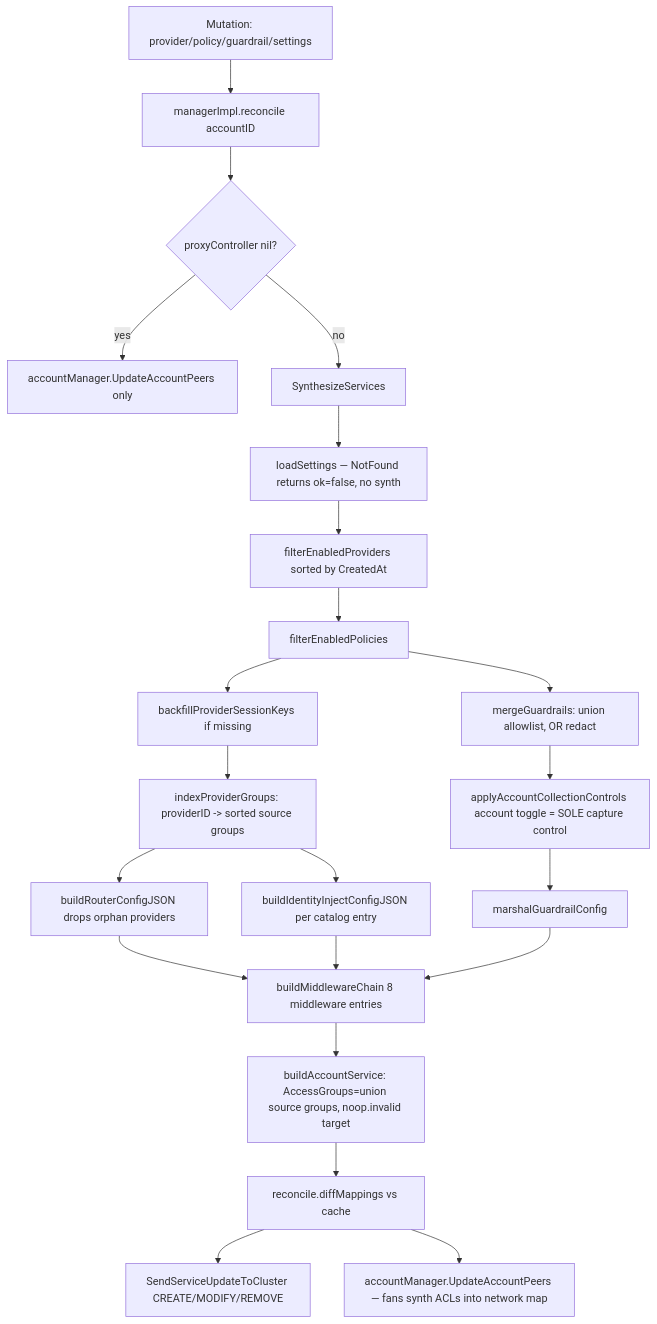
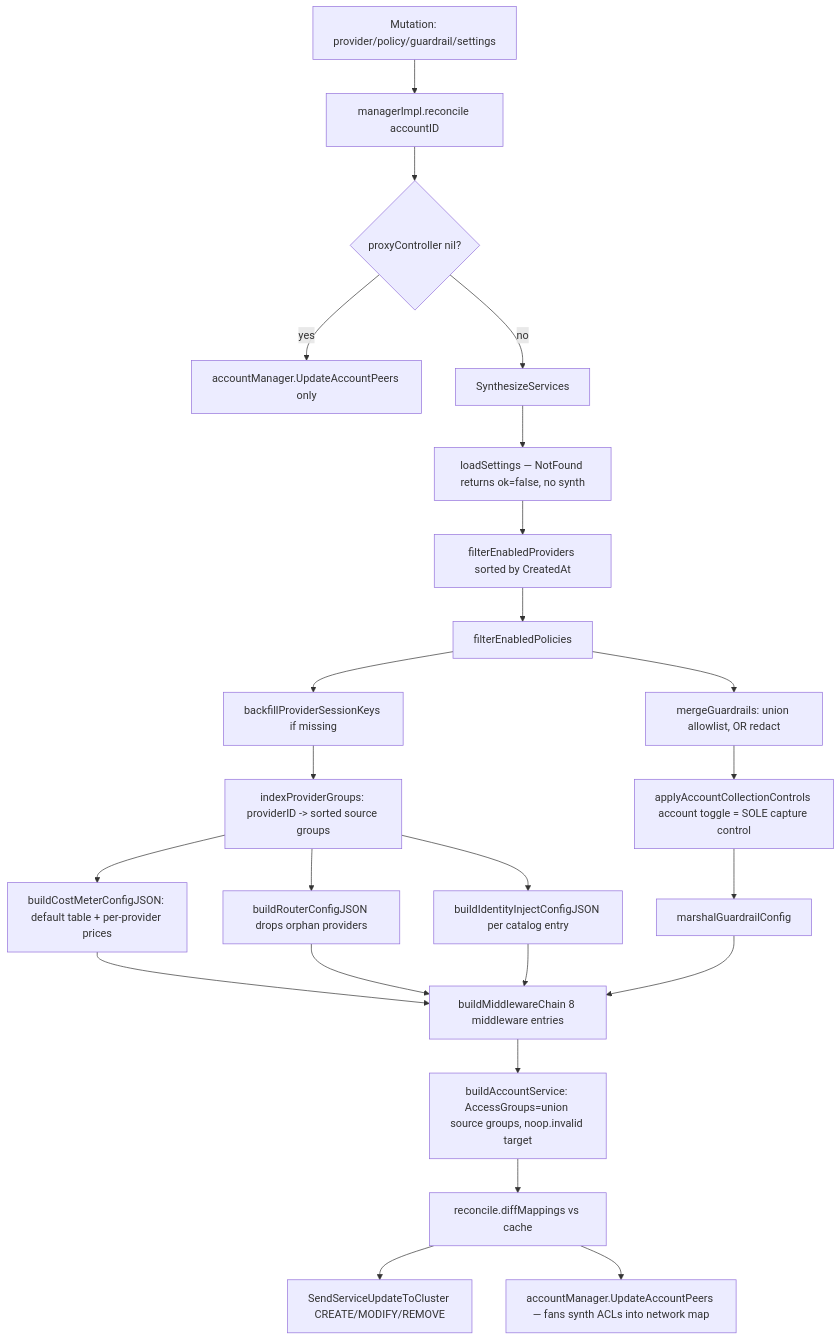
One commit to netbirdio/netbird changed the first of 4 diagrams in docs/agent-networks/modules/21-management-agentnetwork.md. Above: the diagram before and after it, drawn with Mermaid. The commit also changed other lines of this file and 5 other files, not shown here.

````diff
--- a/docs/agent-networks/modules/21-management-agentnetwork.md
+++ b/docs/agent-networks/modules/21-management-agentnetwork.md
@@ -38,24 +42,26 @@
 ```mermaid
 flowchart TD
     A[Mutation: provider/policy/guardrail/settings] --> B[managerImpl.reconcile accountID]
     B --> C{proxyController nil?}
     C -- yes --> D[accountManager.UpdateAccountPeers only]
     C -- no --> E[SynthesizeServices]
     E --> F[loadSettings — NotFound returns ok=false, no synth]
     F --> G[filterEnabledProviders sorted by CreatedAt]
     G --> H[filterEnabledPolicies]
     H --> I[backfillProviderSessionKeys if missing]
     I --> J[indexProviderGroups: providerID -> sorted source groups]
     J --> K[buildRouterConfigJSON drops orphan providers]
     J --> L[buildIdentityInjectConfigJSON per catalog entry]
+    J --> K2[buildCostMeterConfigJSON: default table + per-provider prices]
+    K2 --> P
     H --> M[mergeGuardrails: union allowlist, OR redact]
     M --> N[applyAccountCollectionControls account toggle = SOLE capture control]
     N --> O[marshalGuardrailConfig]
     K --> P[buildMiddlewareChain 8 middleware entries]
     L --> P
     O --> P
     P --> Q[buildAccountService: AccessGroups=union source groups, noop.invalid target]
     Q --> R[reconcile.diffMappings vs cache]
     R --> S[SendServiceUpdateToCluster CREATE/MODIFY/REMOVE]
     R --> T[accountManager.UpdateAccountPeers — fans synth ACLs into network map]
 ```
````
